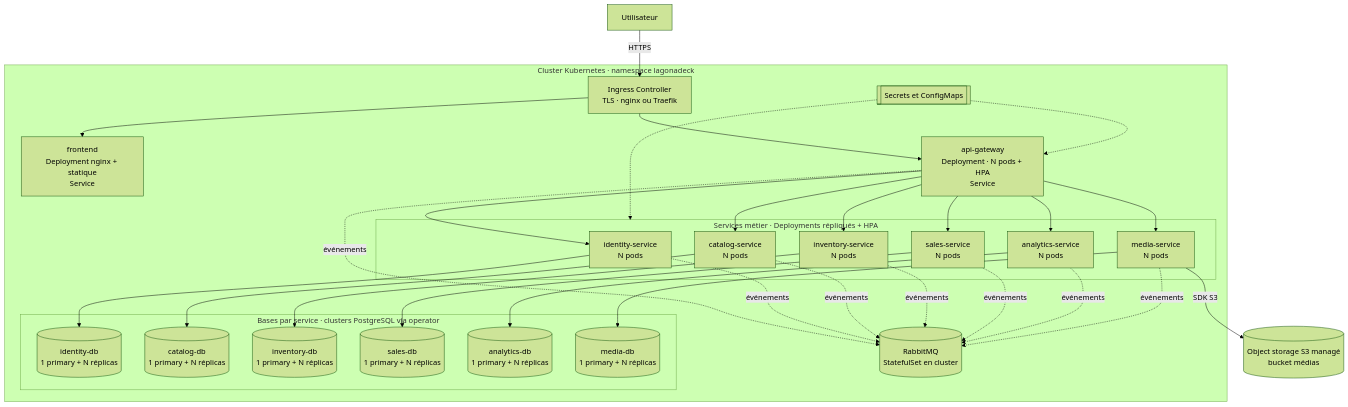
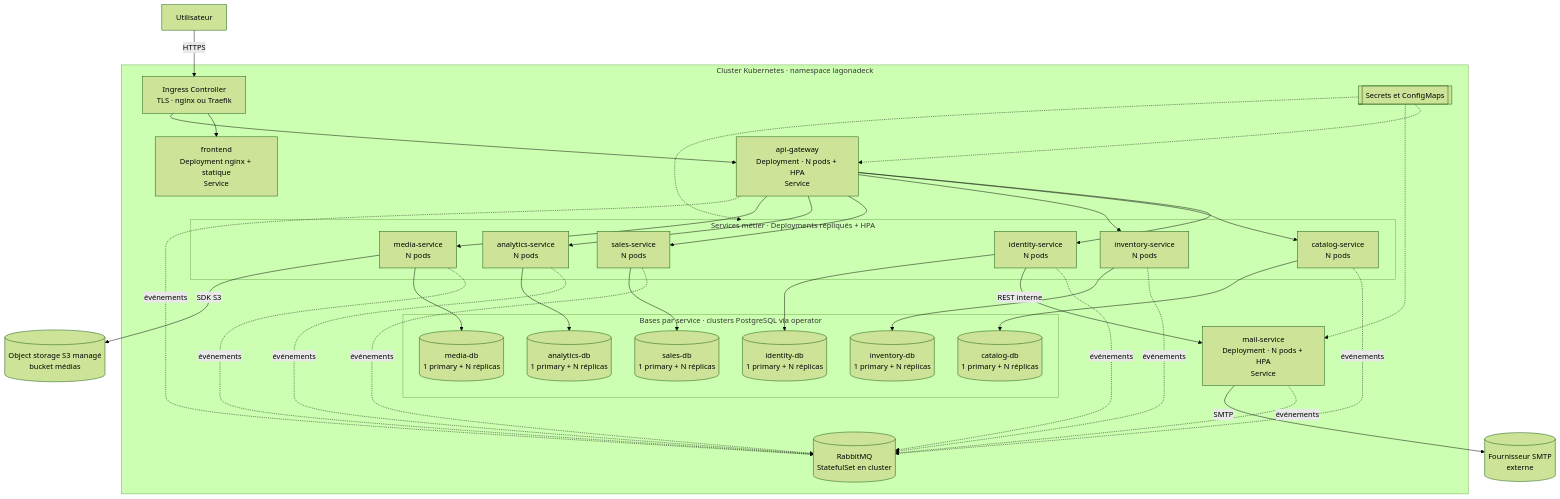
One commit to LagonaDeck/lagonadeck changed the second of 4 diagrams in docs/diagrams/infrastructure.md. Above: the diagram before and after it, drawn with Mermaid (forest theme). The commit also changed other lines of this file and 9 other files, not shown here.

Commit message:
docs(mail-service): documente le service et ajoute l'ADR 0007

````diff
--- a/docs/diagrams/infrastructure.md
+++ b/docs/diagrams/infrastructure.md
@@ -111,53 +121,58 @@
 ```mermaid
 flowchart TB
   U[Utilisateur] -->|HTTPS| ING[Ingress Controller\nTLS · nginx ou Traefik]
 
   subgraph K8S["Cluster Kubernetes · namespace lagonadeck"]
     ING --> FE[frontend\nDeployment nginx + statique\nService]
     ING --> GW[api-gateway\nDeployment · N pods + HPA\nService]
+    MAIL[mail-service\nDeployment · N pods + HPA\nService]
 
     subgraph WL["Services métier · Deployments répliqués + HPA"]
       IDS[identity-service\nN pods]
       CAT[catalog-service\nN pods]
       INV[inventory-service\nN pods]
       SAL[sales-service\nN pods]
       ANA[analytics-service\nN pods]
       MED[media-service\nN pods]
     end
     GW --> IDS
     GW --> CAT
     GW --> INV
     GW --> SAL
     GW --> ANA
     GW --> MED
 
     RMQ[(RabbitMQ\nStatefulSet en cluster)]
     GW -.événements.-> RMQ
     IDS -.événements.-> RMQ
     CAT -.événements.-> RMQ
     INV -.événements.-> RMQ
     SAL -.événements.-> RMQ
     ANA -.événements.-> RMQ
     MED -.événements.-> RMQ
+    IDS -->|REST interne| MAIL
+    MAIL -.événements.-> RMQ
 
     subgraph DBS["Bases par service · clusters PostgreSQL via operator"]
       IDB[(identity-db\n1 primary + N réplicas)]
       CDB[(catalog-db\n1 primary + N réplicas)]
       VDB[(inventory-db\n1 primary + N réplicas)]
       SDB[(sales-db\n1 primary + N réplicas)]
       ADB[(analytics-db\n1 primary + N réplicas)]
       MDB[(media-db\n1 primary + N réplicas)]
     end
     IDS --> IDB
     CAT --> CDB
     INV --> VDB
     SAL --> SDB
     ANA --> ADB
     MED --> MDB
 
     SEC[[Secrets et ConfigMaps]] -.-> GW
     SEC -.-> WL
+    SEC -.-> MAIL
   end
 
   MED -->|SDK S3| S3[(Object storage S3 managé\nbucket médias)]
+  MAIL -->|SMTP| SMTP[(Fournisseur SMTP\nexterne)]
 ```
````
